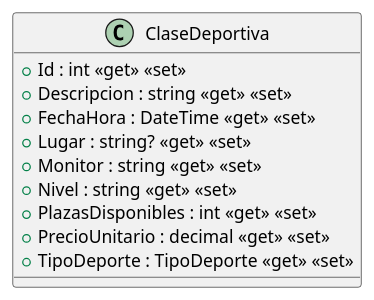
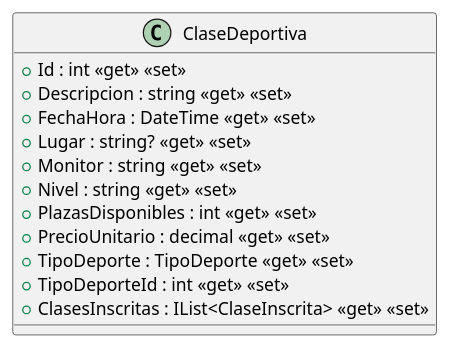
One commit to EQUIPO-AJR-IS-2/ISII2627EquipoAJR changed the diagram in src/AppForSEII.API/ClassDiagram/ClaseDeportiva.puml. Above: the diagram before and after it, drawn with PlantUML. The commit also changed 1 other file, not shown here.

Commit message:
Corregir clase ClaseDeportiva

```diff
--- a/src/AppForSEII.API/ClassDiagram/ClaseDeportiva.puml
+++ b/src/AppForSEII.API/ClassDiagram/ClaseDeportiva.puml
@@ -1,13 +1,15 @@
 @startuml
 class ClaseDeportiva {
     + Id : int <<get>> <<set>>
     + Descripcion : string <<get>> <<set>>
     + FechaHora : DateTime <<get>> <<set>>
     + Lugar : string? <<get>> <<set>>
     + Monitor : string <<get>> <<set>>
     + Nivel : string <<get>> <<set>>
     + PlazasDisponibles : int <<get>> <<set>>
     + PrecioUnitario : decimal <<get>> <<set>>
     + TipoDeporte : TipoDeporte <<get>> <<set>>
+    + TipoDeporteId : int <<get>> <<set>>
+    + ClasesInscritas : IList<ClaseInscrita> <<get>> <<set>>
 }
 @enduml
```
